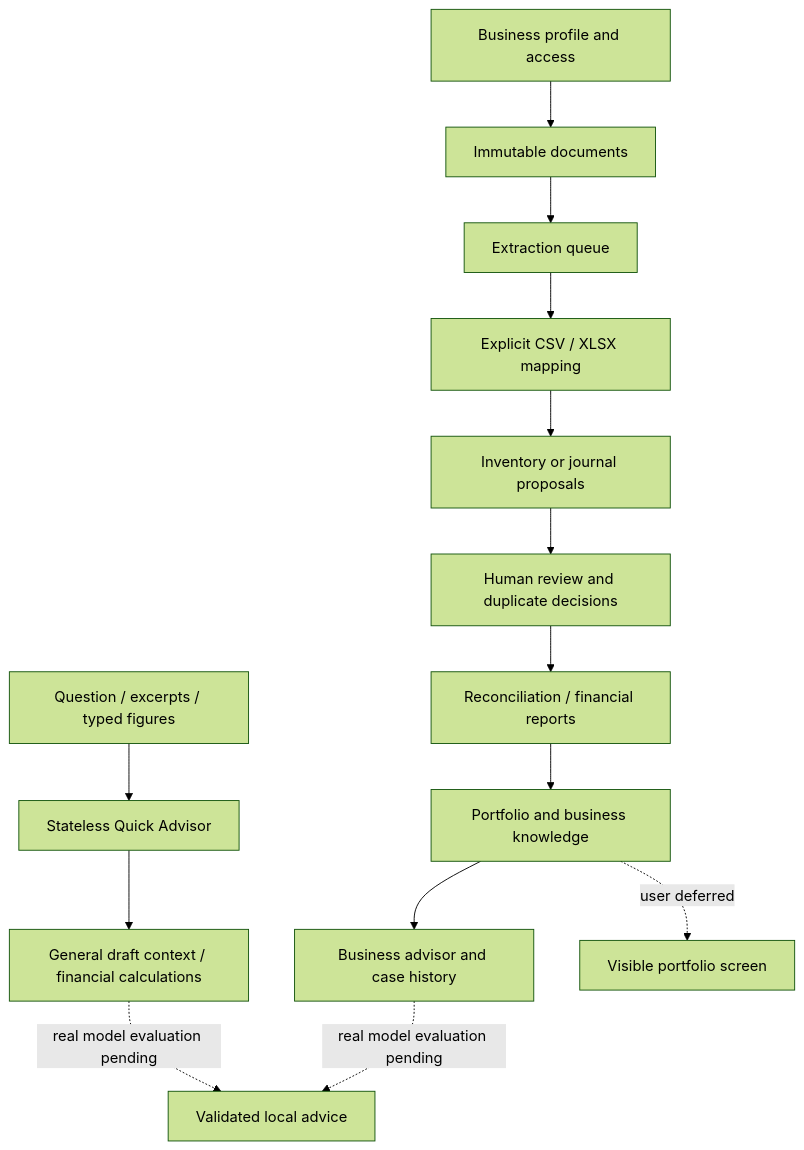
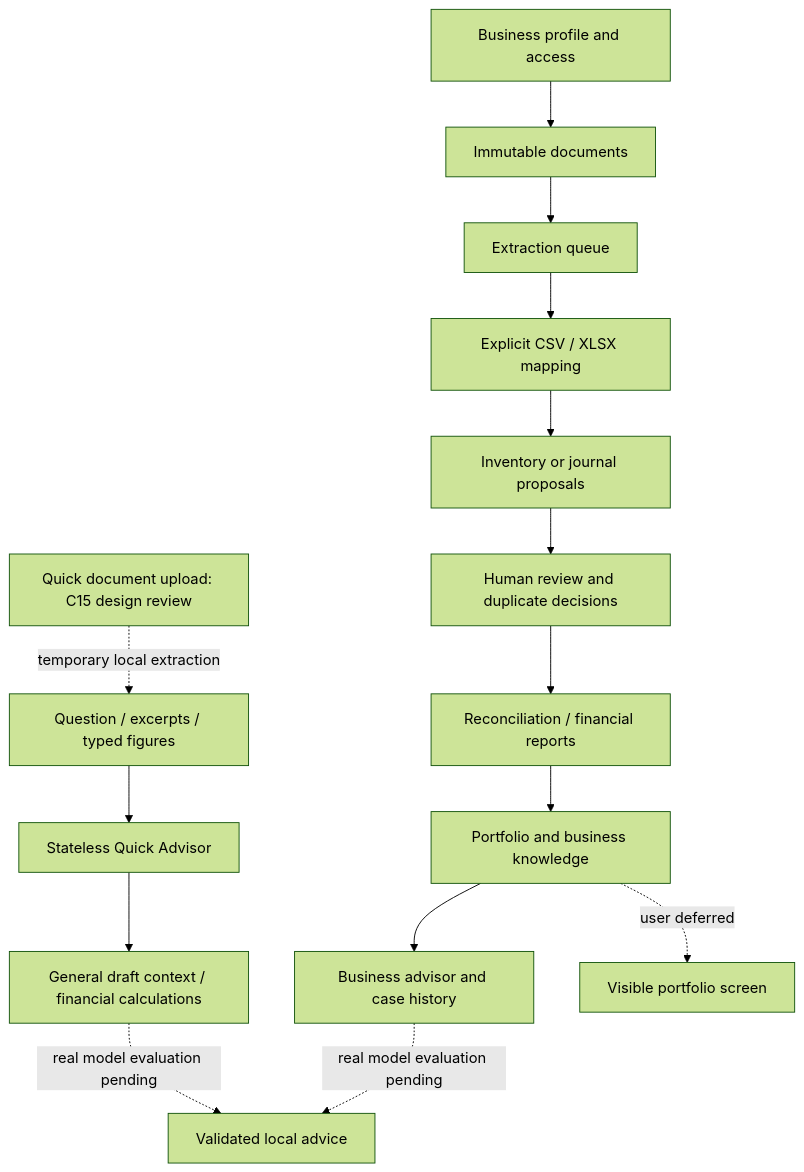
One commit to alisunkazemi21-cloud/Herman-SME-Financial-Advisor-Perisan changed the diagram in research/PROGRESS.md. Above: the diagram before and after it, drawn with Mermaid (forest theme). The commit also changed other lines of this file and 3 other files, not shown here.

````diff
--- a/research/PROGRESS.md
+++ b/research/PROGRESS.md
@@ -22,16 +23,17 @@
 ```mermaid
 flowchart TD
     A[Business profile and access] --> B[Immutable documents]
     B --> C[Extraction queue]
     C --> D[Explicit CSV / XLSX mapping]
     D --> E[Inventory or journal proposals]
     E --> F[Human review and duplicate decisions]
     F --> G[Reconciliation / financial reports]
     G --> H[Portfolio and business knowledge]
     H --> I[Business advisor and case history]
     J[Question / excerpts / typed figures] --> K[Stateless Quick Advisor]
+    O[Quick document upload: C15 design review] -. temporary local extraction .-> J
     K --> L[General draft context / financial calculations]
     L -. real model evaluation pending .-> N[Validated local advice]
     H -. user deferred .-> M[Visible portfolio screen]
     I -. real model evaluation pending .-> N[Validated local advice]
 ```
````
